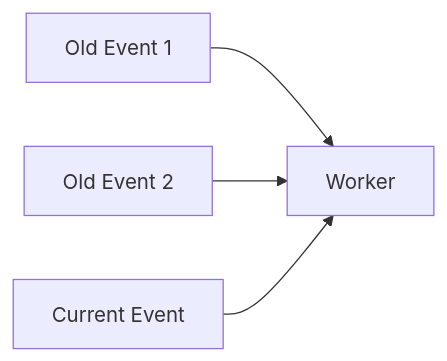
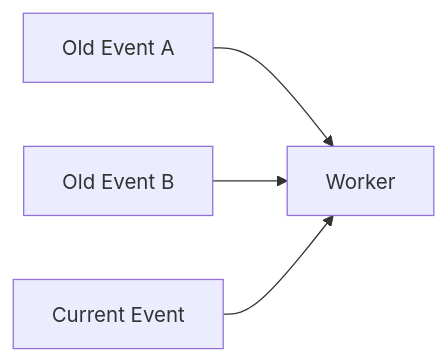
The eighth of 32 diagrams in README.md (gitgotcha/my-chatgpt-mcp), drawn with Mermaid before and after one commit. The commit also changed other lines of this file, not shown here.

````diff
--- a/README.md
+++ b/README.md
@@ -743,13 +868,12 @@
 ```mermaid
 flowchart LR
 
-    E1[Old Event 1]
-    E2[Old Event 2]
-    E3[Current Event]
+    OLD1["Old Event A"]
+    OLD2["Old Event B"]
+    CURRENT["Current Event"]
+    WORKER["Worker"]
 
-    W[Worker]
-
-    E1 --> W
-    E2 --> W
-    E3 --> W
+    OLD1 --> WORKER
+    OLD2 --> WORKER
+    CURRENT --> WORKER
 ```
````
